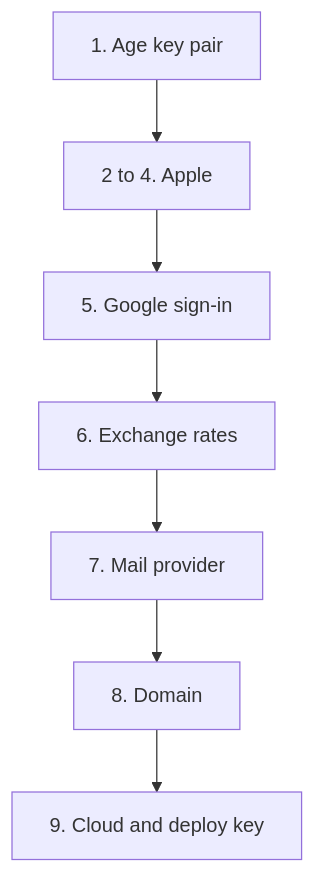
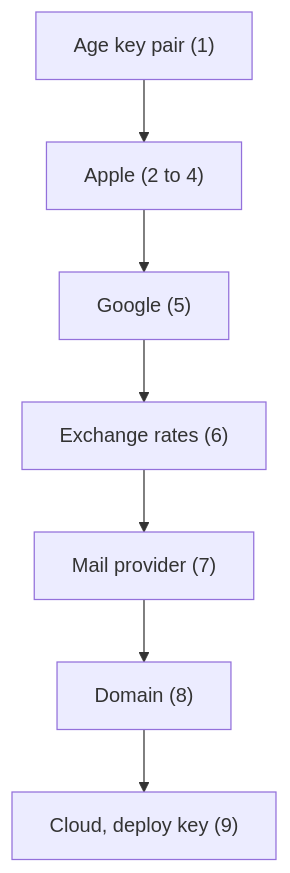
Before and after one commit to ravialdyh/my-money-recap-monorepo: the diagram in infra/wizard/README.md, drawn with Mermaid. The commit also changed other lines of this file and 28 other files, not shown here.

````diff
--- a/infra/wizard/README.md
+++ b/infra/wizard/README.md
@@ -10,16 +11,16 @@
 ```mermaid
 flowchart TD
-    s1["1. Age key pair"]
-    apple["2 to 4. Apple"]
-    google["5. Google sign-in"]
-    rates["6. Exchange rates"]
-    mail["7. Mail provider"]
-    domain["8. Domain"]
-    cloud["9. Cloud and deploy key"]
+    s1["Age key pair (1)"]
+    apple["Apple (2 to 4)"]
+    google["Google (5)"]
+    rates["Exchange rates (6)"]
+    mail["Mail provider (7)"]
+    domain["Domain (8)"]
+    cloud["Cloud, deploy key (9)"]
     s1 --> apple
     apple --> google
     google --> rates
     rates --> mail
     mail --> domain
     domain --> cloud
 ```
````
